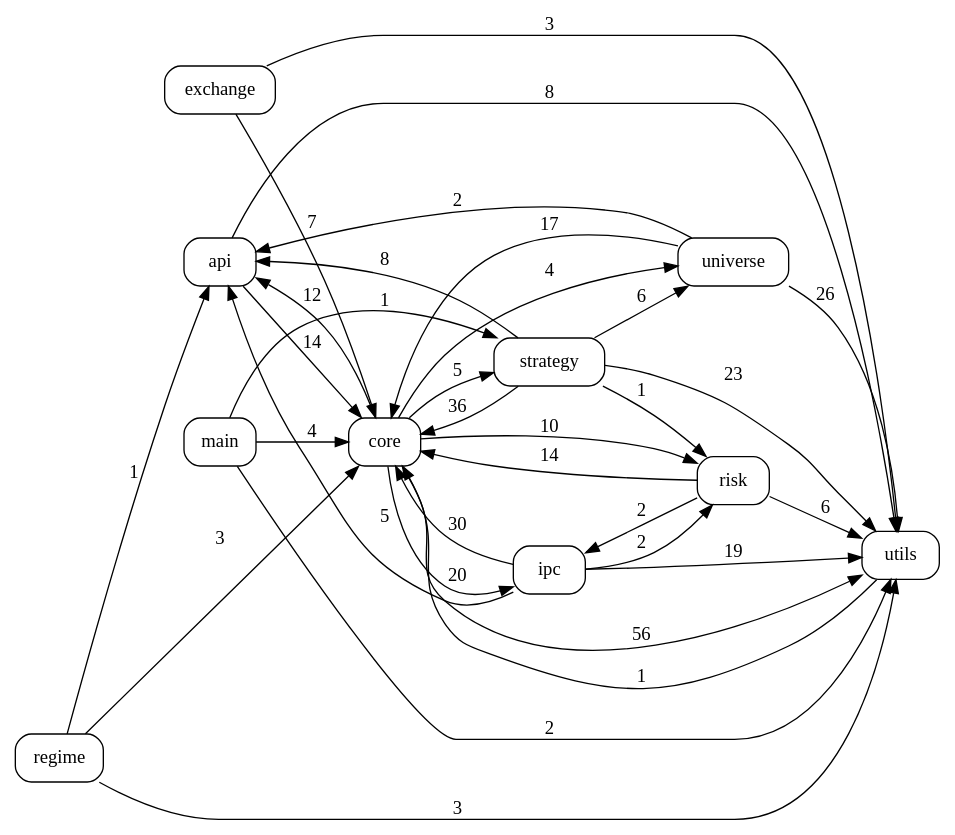
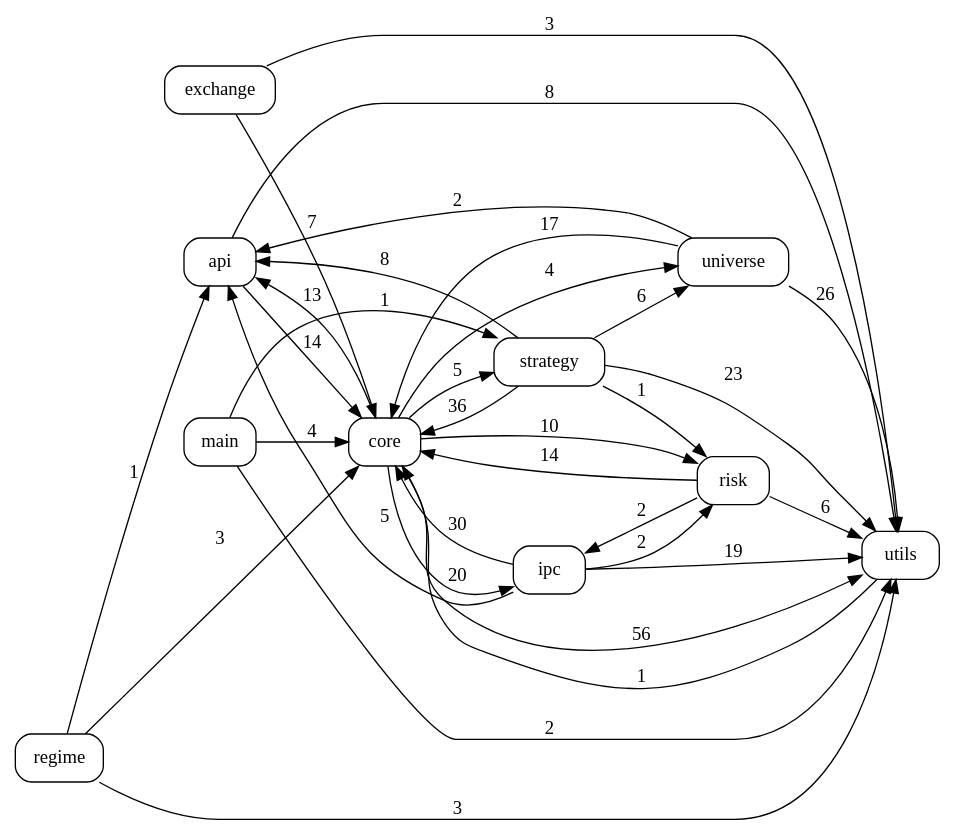
The diagram in docs/code_graph.dot (pypy8171/Quant), drawn with Graphviz before and after one commit. The commit also changed 38 other files, not shown here.

```diff
--- a/docs/code_graph.dot
+++ b/docs/code_graph.dot
@@ -1,46 +1,46 @@
 digraph code_graph {
   rankdir=LR;
   node [shape=box, style=rounded, fontname="Consolas"];
   "api";
   "core";
   "exchange";
   "ipc";
   "main";
   "regime";
   "risk";
   "strategy";
   "universe";
   "utils";
   "api" -> "core" [label="14"];
   "api" -> "utils" [label="8"];
-  "core" -> "api" [label="12"];
+  "core" -> "api" [label="13"];
   "core" -> "ipc" [label="20"];
   "core" -> "risk" [label="10"];
   "core" -> "strategy" [label="5"];
   "core" -> "universe" [label="4"];
   "core" -> "utils" [label="56"];
   "exchange" -> "core" [label="7"];
   "exchange" -> "utils" [label="3"];
   "ipc" -> "api" [label="5"];
   "ipc" -> "core" [label="30"];
   "ipc" -> "risk" [label="2"];
   "ipc" -> "utils" [label="19"];
   "main" -> "core" [label="4"];
   "main" -> "strategy" [label="1"];
   "main" -> "utils" [label="2"];
   "regime" -> "api" [label="1"];
   "regime" -> "core" [label="3"];
   "regime" -> "utils" [label="3"];
   "risk" -> "core" [label="14"];
   "risk" -> "ipc" [label="2"];
   "risk" -> "utils" [label="6"];
   "strategy" -> "api" [label="8"];
   "strategy" -> "core" [label="36"];
   "strategy" -> "risk" [label="1"];
   "strategy" -> "universe" [label="6"];
   "strategy" -> "utils" [label="23"];
   "universe" -> "api" [label="2"];
   "universe" -> "core" [label="17"];
   "universe" -> "utils" [label="26"];
   "utils" -> "core" [label="1"];
 }
```
